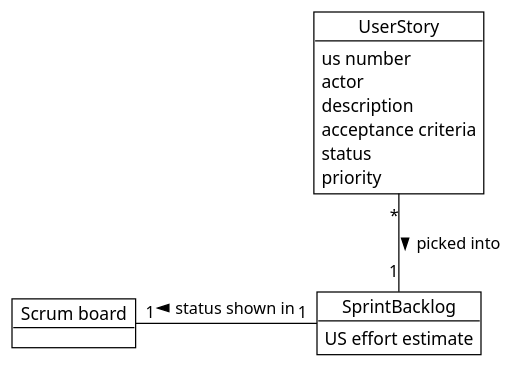
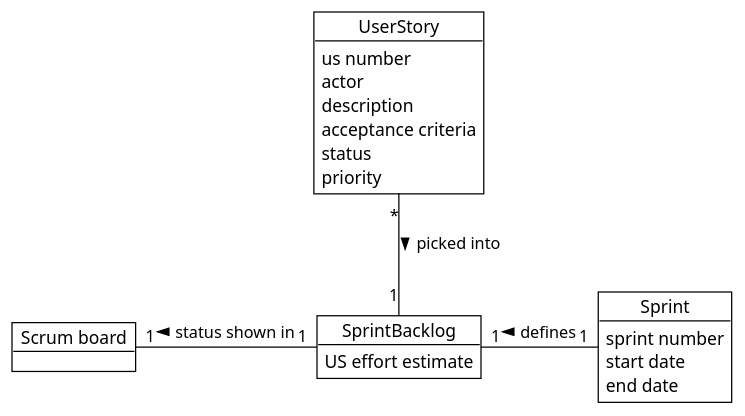
One commit to ivo-menezes/project_g3 changed the diagram in docs/modelling_design/user_stories/us022/US022_ViewScrumBoardDMD.puml. Above: the diagram before and after it, drawn with PlantUML.

Commit message:
US022: Analysis: Updated DMD.

```diff
--- a/docs/modelling_design/user_stories/us022/US022_ViewScrumBoardDMD.puml
+++ b/docs/modelling_design/user_stories/us022/US022_ViewScrumBoardDMD.puml
@@ -1,23 +1,30 @@
 @startuml
 
 !theme plain
 
 Object "UserStory" as US {
 us number
 actor
 description
 acceptance criteria
 status
 priority
 }
 
+Object Sprint {
+sprint number
+start date
+end date
+}
+
 Object "SprintBacklog" as SB {
 US effort estimate
 }
 
 Object "Scrum board" as SC
 
 US "*" -down- "1" SB: picked into >
+Sprint "1" -left- "1" SB: defines >
 SB "1" -left- "1" SC: status shown in >
 
 @enduml
```
